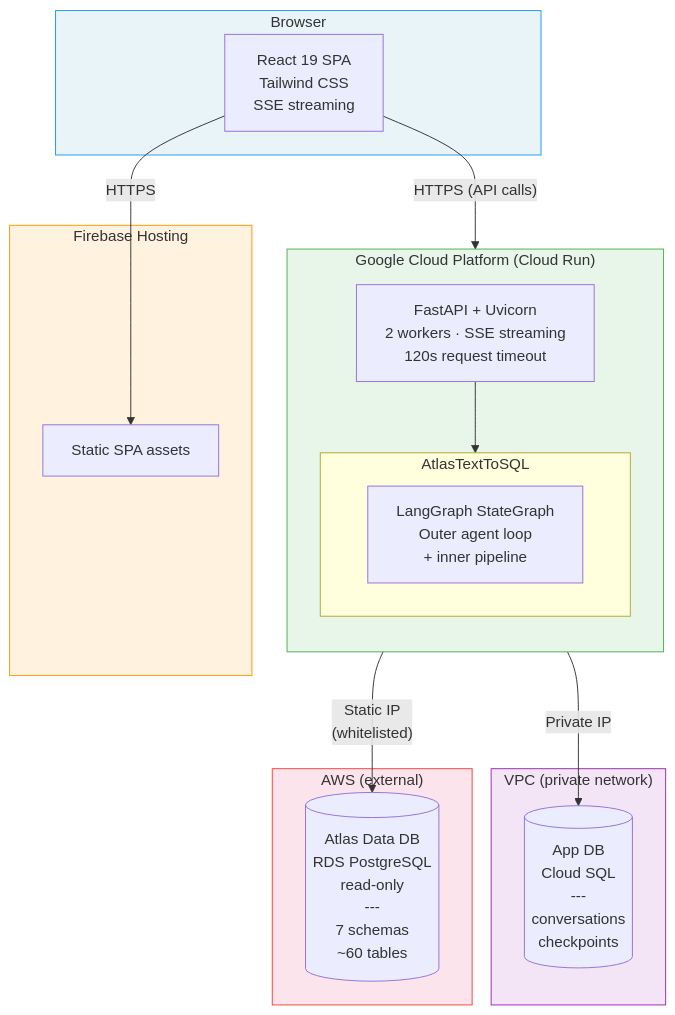
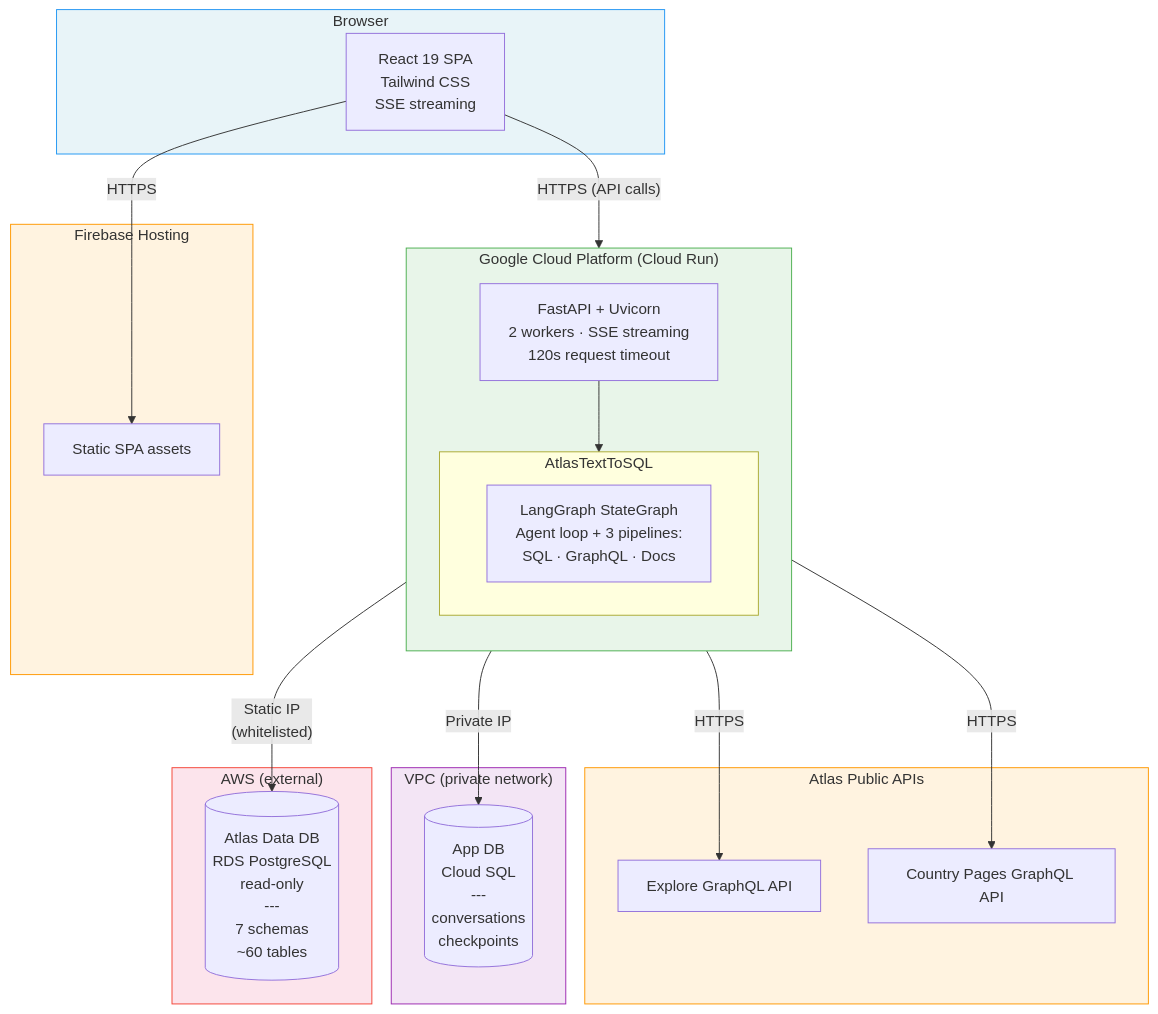
One commit to shreyasgm/ask-atlas changed the first of 2 diagrams in README.md. Above: the diagram before and after it, drawn with Mermaid. The commit also changed other lines of this file, not shown here.

First line of the commit message:
docs: update README to reflect GraphQL/Docs pipelines and UX-driven features

````diff
--- a/README.md
+++ b/README.md
@@ -22,39 +22,47 @@
 ```mermaid
 graph TB
     subgraph Browser["Browser"]
         SPA["React 19 SPA<br/>Tailwind CSS<br/>SSE streaming"]
     end
 
     subgraph Firebase["Firebase Hosting"]
         Static["Static SPA assets"]
     end
 
     subgraph GCP["Google Cloud Platform (Cloud Run)"]
         direction TB
         API["FastAPI + Uvicorn<br/>2 workers · SSE streaming<br/>120s request timeout"]
         subgraph Agent["AtlasTextToSQL"]
             direction LR
-            LG["LangGraph StateGraph<br/>Outer agent loop<br/>+ inner pipeline"]
+            LG["LangGraph StateGraph<br/>Agent loop + 3 pipelines:<br/>SQL · GraphQL · Docs"]
         end
         API --> Agent
+    end
+
+    subgraph AtlasAPI["Atlas Public APIs"]
+        ExploreAPI["Explore GraphQL API"]
+        CPAPI["Country Pages GraphQL API"]
     end
 
     subgraph VPC["VPC (private network)"]
         AppDB[("App DB<br/>Cloud SQL<br/>---<br/>conversations<br/>checkpoints")]
     end
 
     subgraph AWS["AWS (external)"]
         AtlasDB[("Atlas Data DB<br/>RDS PostgreSQL<br/>read-only<br/>---<br/>7 schemas<br/>~60 tables")]
     end
 
     SPA -->|HTTPS| Static
     SPA -->|"HTTPS (API calls)"| API
     Agent -->|"Private IP"| AppDB
     Agent -->|"Static IP<br/>(whitelisted)"| AtlasDB
+    Agent -->|"HTTPS"| ExploreAPI
+    Agent -->|"HTTPS"| CPAPI
 
     style Browser fill:#e8f4f8,stroke:#2196F3
     style Firebase fill:#fff3e0,stroke:#FF9800
     style GCP fill:#e8f5e9,stroke:#4CAF50
+    style AtlasAPI fill:#fff3e0,stroke:#FF9800
     style VPC fill:#f3e5f5,stroke:#9C27B0
     style AWS fill:#fce4ec,stroke:#f44336
 ```
````
